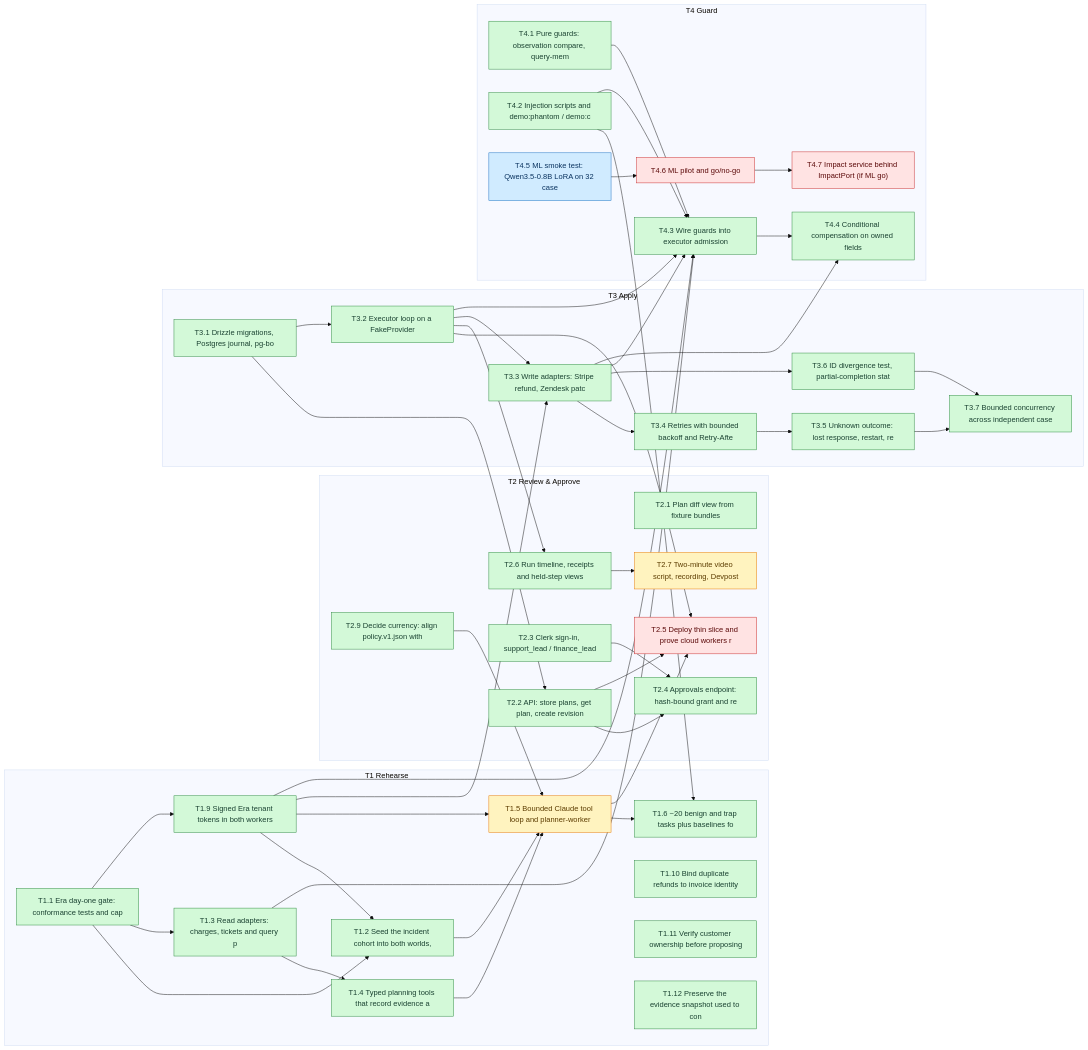
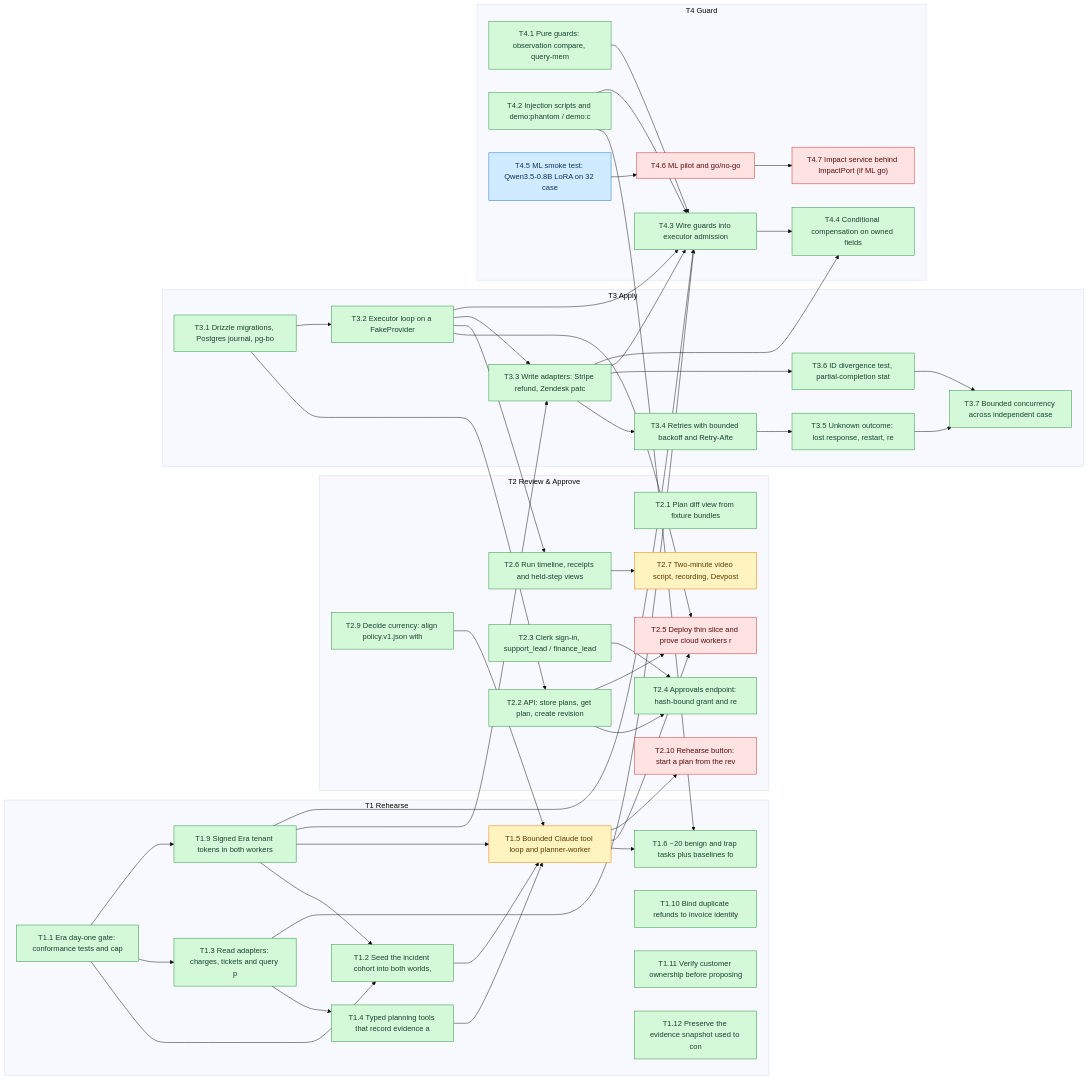
One commit to SoroushRF/Rehearsal changed the diagram in BLOCKERS.md. Above: the diagram before and after it, drawn with Mermaid (base theme). The commit also changed other lines of this file, not shown here.

```diff
--- a/BLOCKERS.md
+++ b/BLOCKERS.md
@@ -109,6 +110,7 @@
     T2_6["T2.6 Run timeline, receipts and held-step views "]:::done
     T2_7["T2.7 Two-minute video script, recording, Devpost"]:::ready
     T2_9["T2.9 Decide currency: align policy.v1.json with "]:::done
+    T2_10["T2.10 Rehearse button: start a plan from the rev"]:::blocked
   end
   subgraph T3[T3 Apply]
     T3_1["T3.1 Drizzle migrations, Postgres journal, pg-bo"]:::done
@@ -147,6 +149,7 @@
   T3_2 --> T2_5
   T3_2 --> T2_6
   T2_6 --> T2_7
+  T1_5 --> T2_10
   T3_1 --> T3_2
   T3_2 --> T3_3
   T1_9 --> T3_3
```
